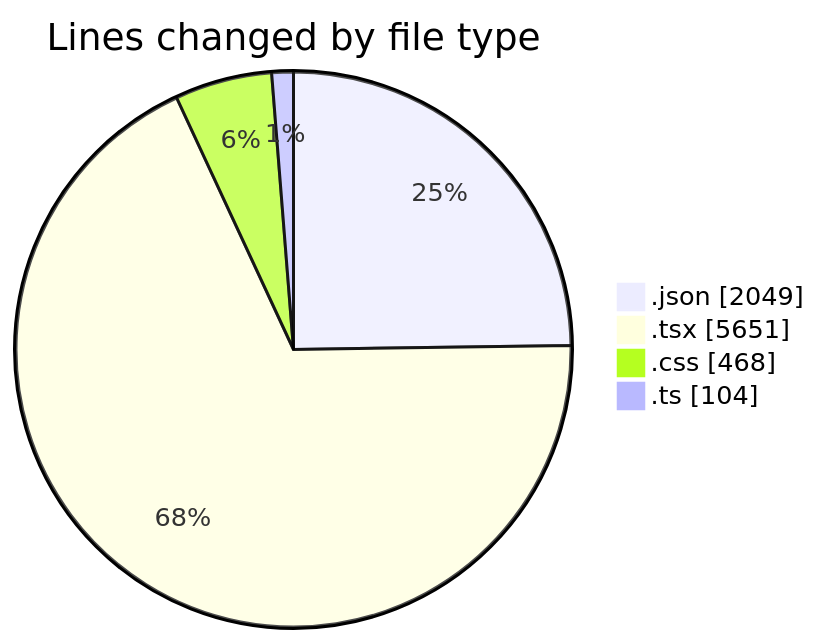
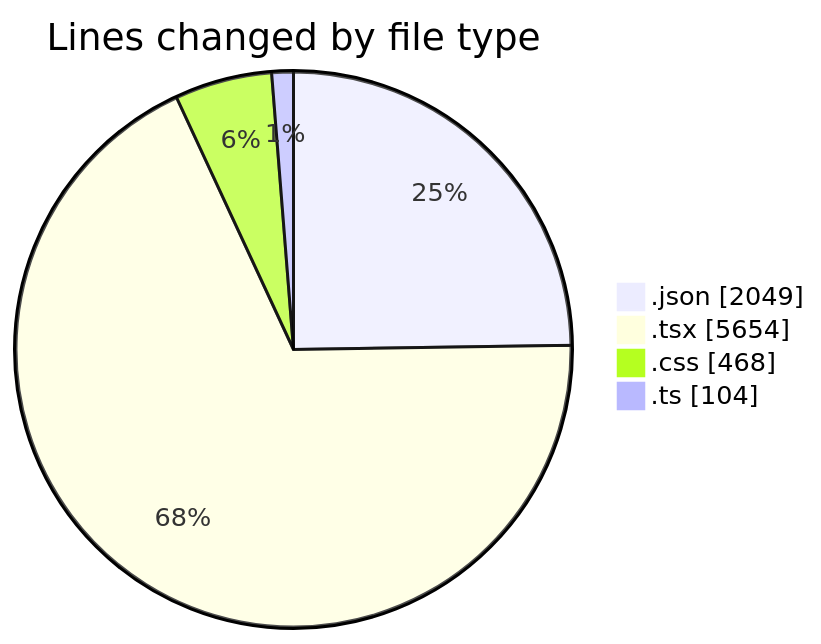
Before and after one commit to EIIisD/code-tracking: the first of 2 diagrams in 2025-08-14/ribbon/README.md, drawn with Mermaid. The commit also changed other lines of this file and 1 other file, not shown here.

````diff
--- a/2025-08-14/ribbon/README.md
+++ b/2025-08-14/ribbon/README.md
@@ -29,8 +29,8 @@
 ```mermaid
 pie showData
 title Lines changed by file type
 ".json" : 2049
-".tsx" : 5651
+".tsx" : 5654
 ".css" : 468
 ".ts" : 104
 ```
````
